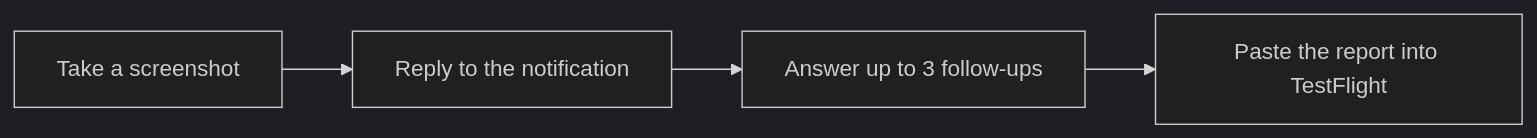
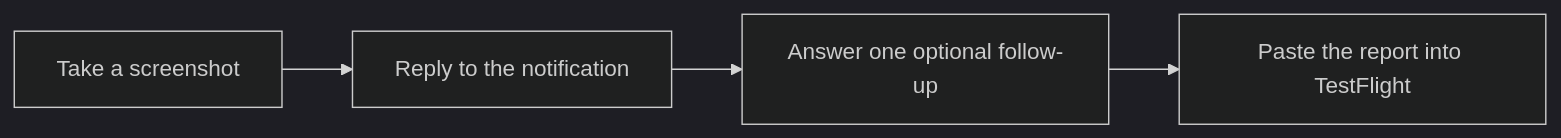
The diagram in README.md (AndreasInk/BetaKit), drawn with Mermaid (dark theme) before and after one commit. The commit also changed other lines of this file and 4 other files, not shown here.

````diff
--- a/README.md
+++ b/README.md
@@ -13,6 +13,6 @@
 ```mermaid
 flowchart LR
     A[Take a screenshot] --> B[Reply to the notification]
-    B --> C[Answer up to 3 follow-ups]
+    B --> C[Answer one optional follow-up]
     C --> D[Paste the report into TestFlight]
 ```
````
